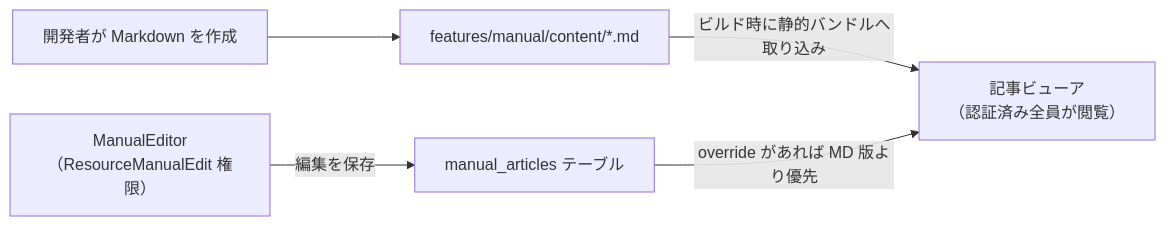
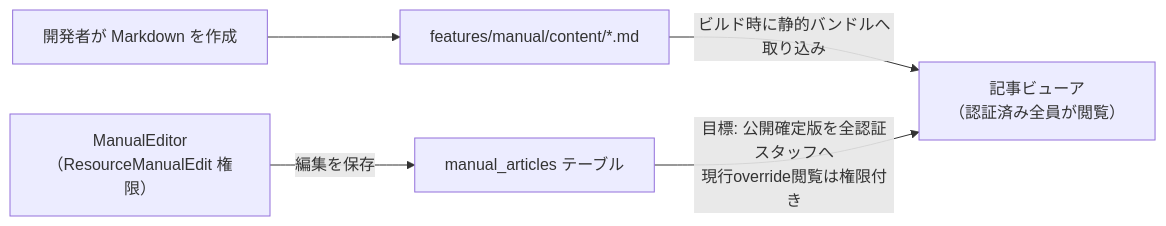
Before and after one commit to MinoruSoga/AnimalEkarte: the diagram in docs/spec/screens/35-internal-manual.md, drawn with Mermaid. The commit also changed other lines of this file and 123 other files, not shown here.

````diff
--- a/docs/spec/screens/35-internal-manual.md
+++ b/docs/spec/screens/35-internal-manual.md
@@ -47,7 +47,7 @@
 ```mermaid
 flowchart LR
     Dev["開発者が Markdown を作成"] --> F["features/manual/content/*.md"]
     F -->|"ビルド時に静的バンドルへ取り込み"| V["記事ビューア<br/>（認証済み全員が閲覧）"]
     Ed["ManualEditor<br/>（ResourceManualEdit 権限）"] -->|"編集を保存"| DB["manual_articles テーブル"]
-    DB -->|"override があれば MD 版より優先"| V
+    DB -->|"目標: 公開確定版を全認証スタッフへ<br/>現行override閲覧は権限付き"| V
 ```
````
